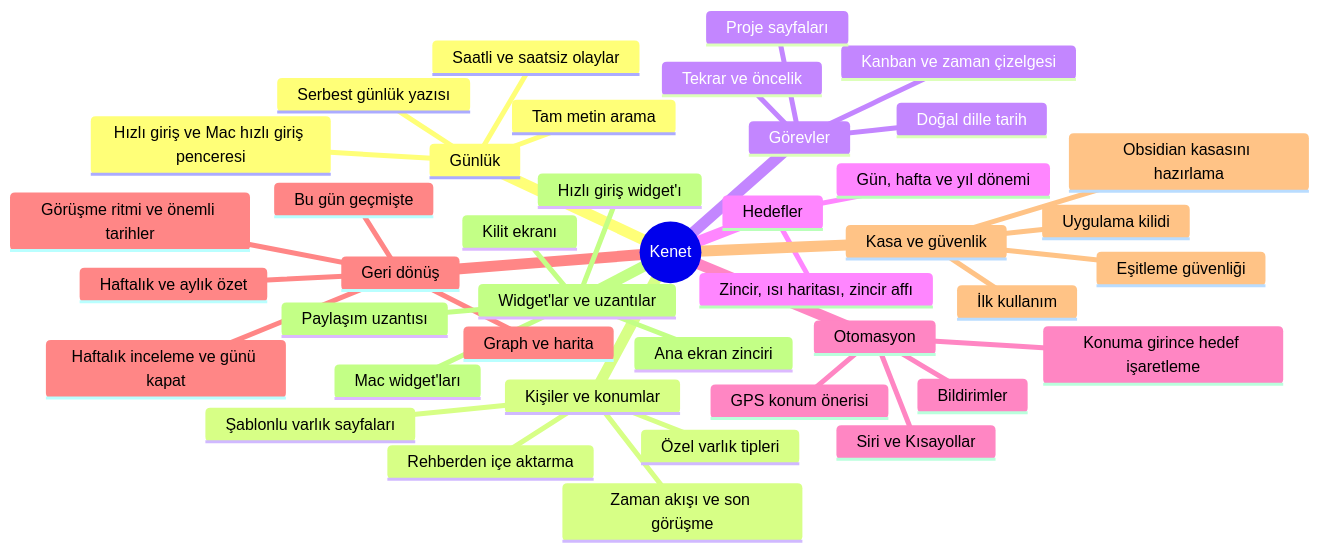
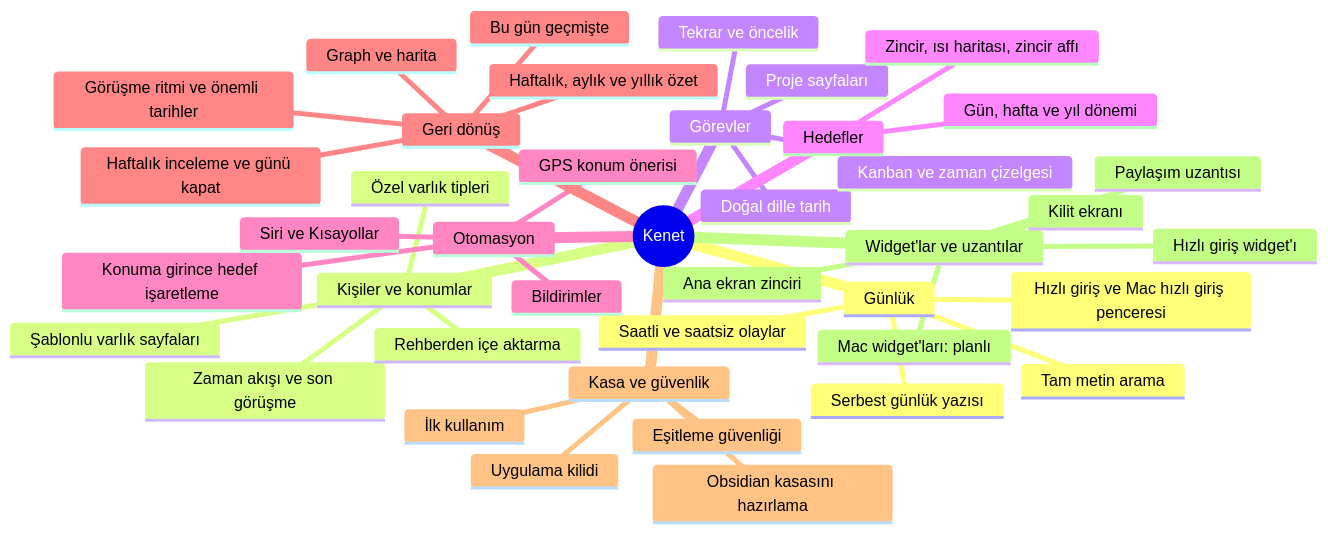
The third of 3 diagrams in docs/product.md (dogancanyildiz/kenet), drawn with Mermaid before and after one commit. The commit also changed other lines of this file and 9 other files, not shown here.

````diff
--- a/docs/product.md
+++ b/docs/product.md
@@ -116,44 +117,44 @@
 ```mermaid
 mindmap
   root((Kenet))
     Günlük
       Saatli ve saatsiz olaylar
       Serbest günlük yazısı
       Hızlı giriş ve Mac hızlı giriş penceresi
       Tam metin arama
     Kişiler ve konumlar
       Şablonlu varlık sayfaları
       Zaman akışı ve son görüşme
       Özel varlık tipleri
       Rehberden içe aktarma
     Görevler
       Doğal dille tarih
       Tekrar ve öncelik
       Kanban ve zaman çizelgesi
       Proje sayfaları
     Hedefler
       Gün, hafta ve yıl dönemi
       Zincir, ısı haritası, zincir affı
     Otomasyon
       Bildirimler
       GPS konum önerisi
       Konuma girince hedef işaretleme
       Siri ve Kısayollar
     Geri dönüş
-      Haftalık ve aylık özet
+      Haftalık, aylık ve yıllık özet
       Graph ve harita
       Bu gün geçmişte
       Haftalık inceleme ve günü kapat
       Görüşme ritmi ve önemli tarihler
     Kasa ve güvenlik
       İlk kullanım
       Obsidian kasasını hazırlama
       Uygulama kilidi
       Eşitleme güvenliği
     Widget'lar ve uzantılar
       Ana ekran zinciri
       Kilit ekranı
       Hızlı giriş widget'ı
-      Mac widget'ları
+      Mac widget'ları: planlı
       Paylaşım uzantısı
 ```
````
